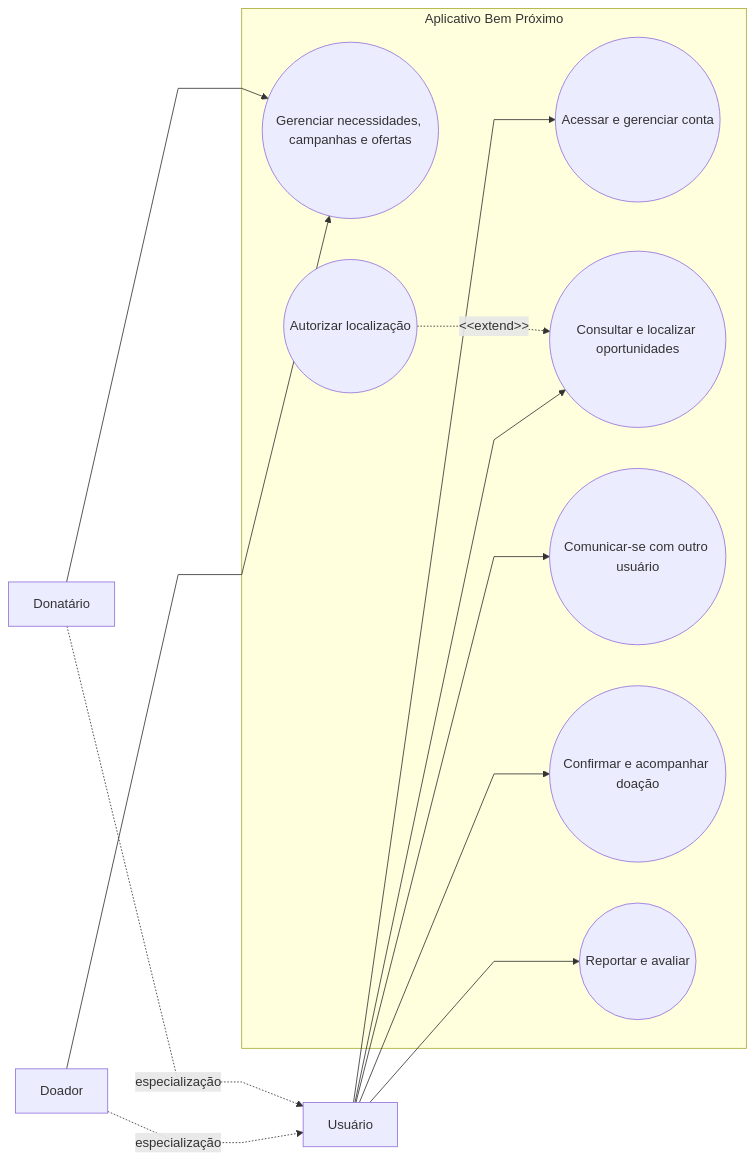
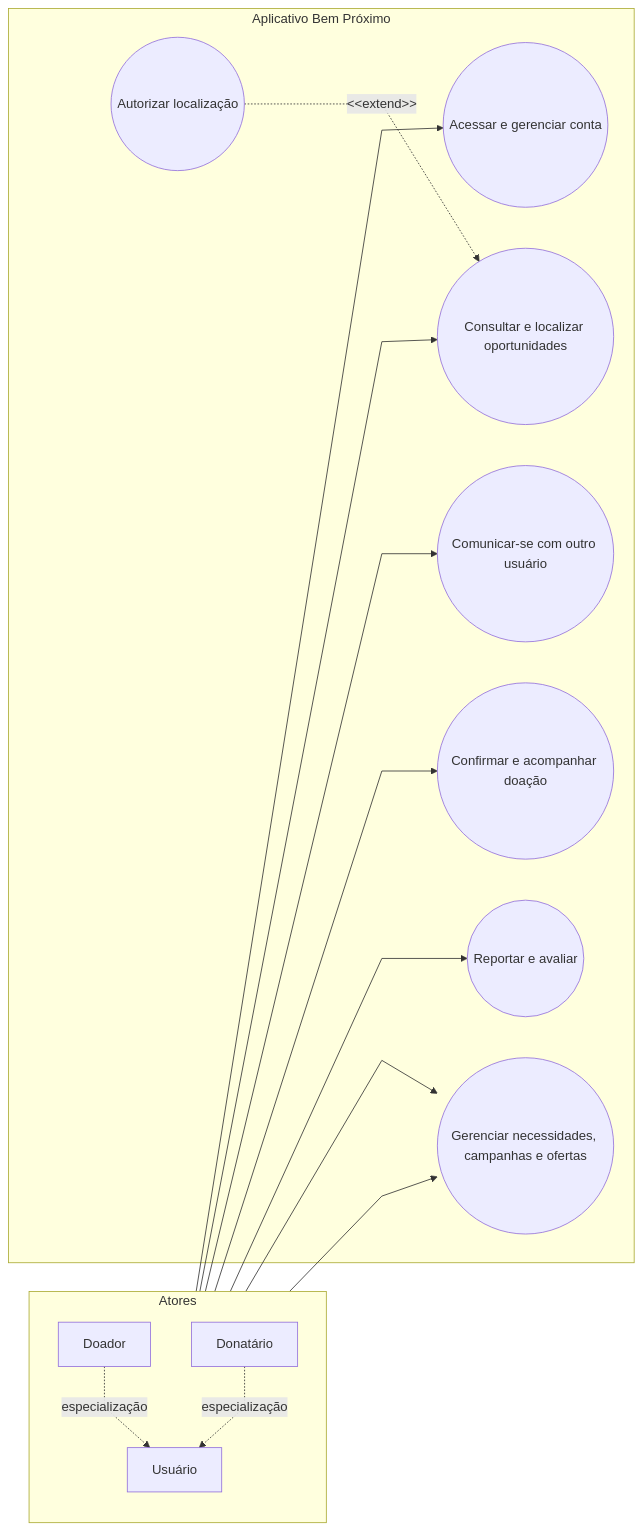
One commit to diergu/MovApplicationProject-Template changed the third of 3 diagrams in docs/02-Especificação do Projeto.md. Above: the diagram before and after it, drawn with Mermaid.

Commit message:
docs: organiza os atores do diagrama
Melhora a disposição dos participantes no fluxo.

````diff
--- a/docs/02-Especificação do Projeto.md
+++ b/docs/02-Especificação do Projeto.md
@@ -149,29 +149,32 @@
 ```mermaid
 %%{init: {"flowchart": {"curve": "linear"}} }%%
 flowchart LR
-    U[Usuário]
-    D[Doador]
-    N[Donatário]
+    subgraph ATORES[Atores]
+        direction TB
+        U[Usuário]
+        D[Doador]
+        N[Donatário]
+    end
 
     D -.->|especialização| U
     N -.->|especialização| U
 
     subgraph APP[Aplicativo Bem Próximo]
         conta((Acessar e gerenciar conta))
         publicacoes((Gerenciar necessidades, campanhas e ofertas))
         consulta((Consultar e localizar oportunidades))
         comunicacao((Comunicar-se com outro usuário))
         doacao((Confirmar e acompanhar doação))
         seguranca((Reportar e avaliar))
         localizacao((Autorizar localização))
     end
 
     U --> conta
     U --> consulta
     U --> comunicacao
     U --> doacao
     U --> seguranca
     D --> publicacoes
     N --> publicacoes
     localizacao -.->|&lt;&lt;extend&gt;&gt;| consulta
 ```
````
